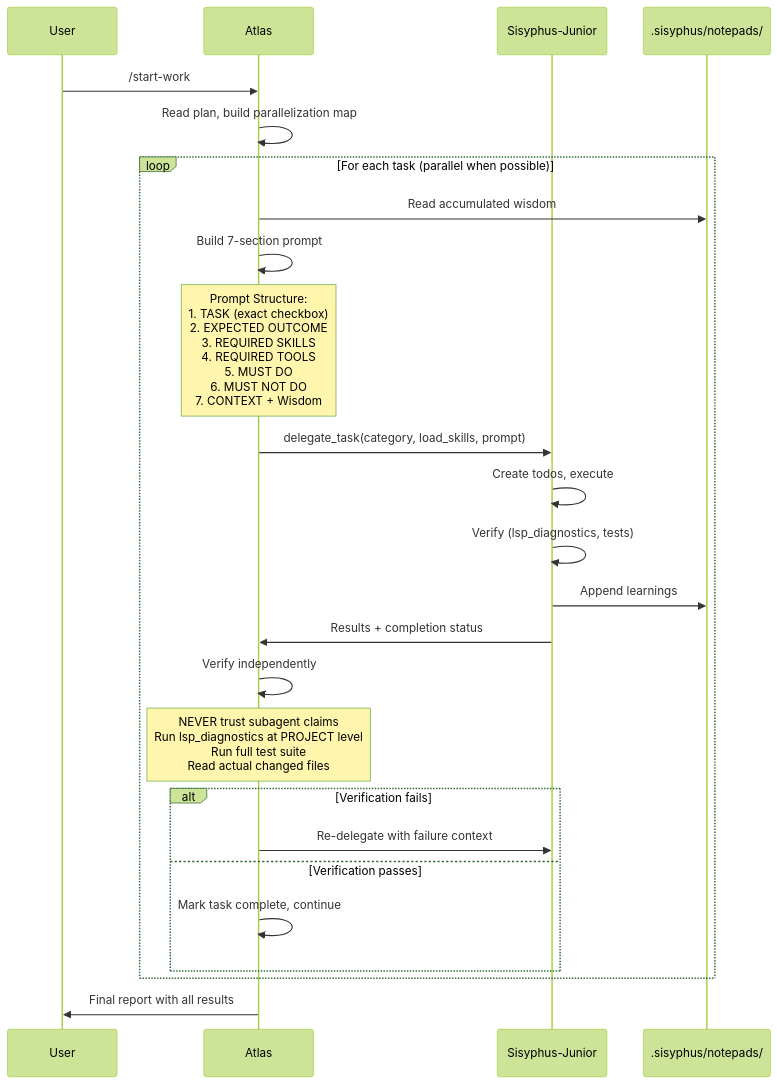
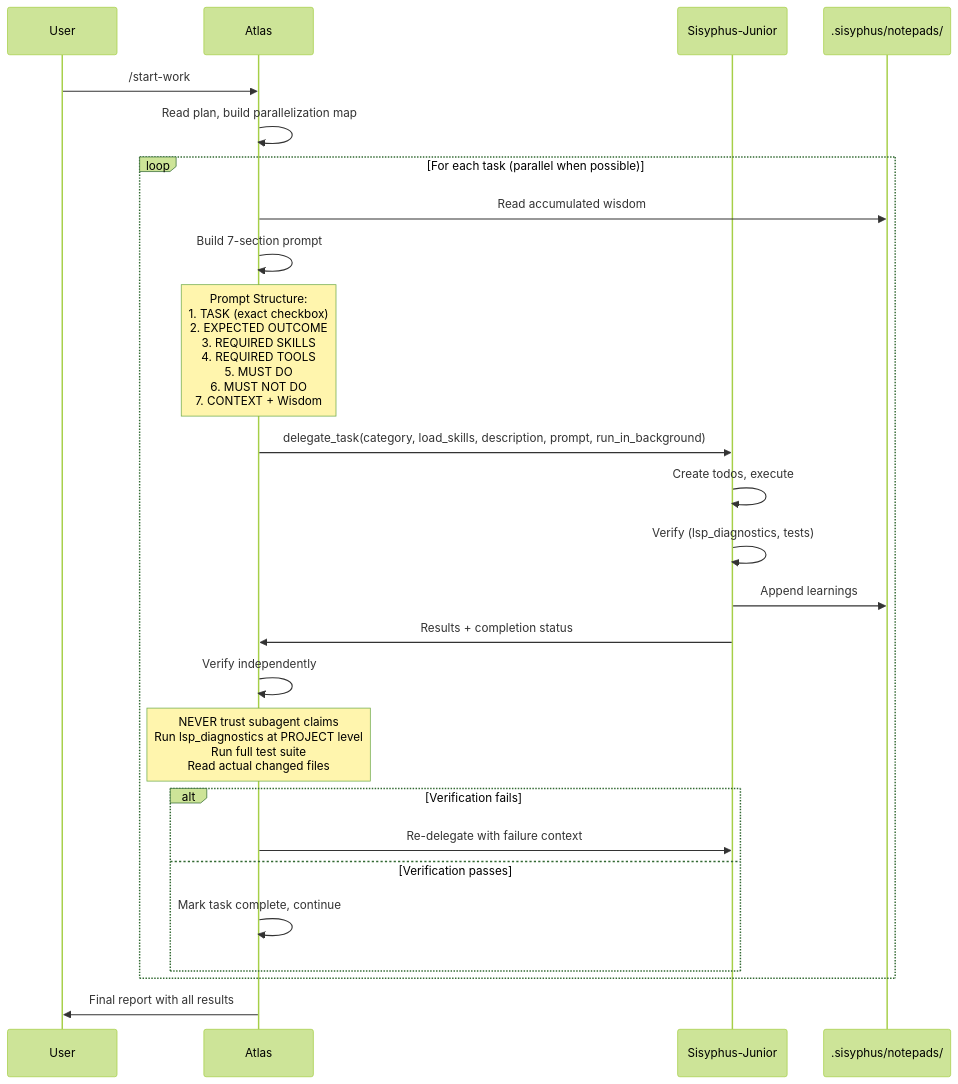
The fourth of 4 diagrams in docs/guide/understanding-orchestration-system.md (arcthur/oh-my-opencode), drawn with Mermaid (forest theme) before and after one commit. The commit also changed other lines of this file and 50 other files, not shown here.

First line of the commit message:
refactor(docs): restructure documentation into layered architecture

````diff
--- a/docs/guide/understanding-orchestration-system.md
+++ b/docs/guide/understanding-orchestration-system.md
@@ -329,35 +378,35 @@
 ```mermaid
 sequenceDiagram
     participant User
     participant Orchestrator as Atlas
     participant Junior as Sisyphus-Junior
     participant Notepad as .sisyphus/notepads/
     
     User->>Orchestrator: /start-work
     Orchestrator->>Orchestrator: Read plan, build parallelization map
     
     loop For each task (parallel when possible)
         Orchestrator->>Notepad: Read accumulated wisdom
         Orchestrator->>Orchestrator: Build 7-section prompt
         
         Note over Orchestrator: Prompt Structure:<br/>1. TASK (exact checkbox)<br/>2. EXPECTED OUTCOME<br/>3. REQUIRED SKILLS<br/>4. REQUIRED TOOLS<br/>5. MUST DO<br/>6. MUST NOT DO<br/>7. CONTEXT + Wisdom
         
-        Orchestrator->>Junior: delegate_task(category, load_skills, prompt)
+        Orchestrator->>Junior: delegate_task(category, load_skills, description, prompt, run_in_background)
         
         Junior->>Junior: Create todos, execute
         Junior->>Junior: Verify (lsp_diagnostics, tests)
         Junior->>Notepad: Append learnings
         Junior->>Orchestrator: Results + completion status
         
         Orchestrator->>Orchestrator: Verify independently
         Note over Orchestrator: NEVER trust subagent claims<br/>Run lsp_diagnostics at PROJECT level<br/>Run full test suite<br/>Read actual changed files
         
         alt Verification fails
             Orchestrator->>Junior: Re-delegate with failure context
         else Verification passes
             Orchestrator->>Orchestrator: Mark task complete, continue
         end
     end
     
     Orchestrator->>User: Final report with all results
 ```
````
